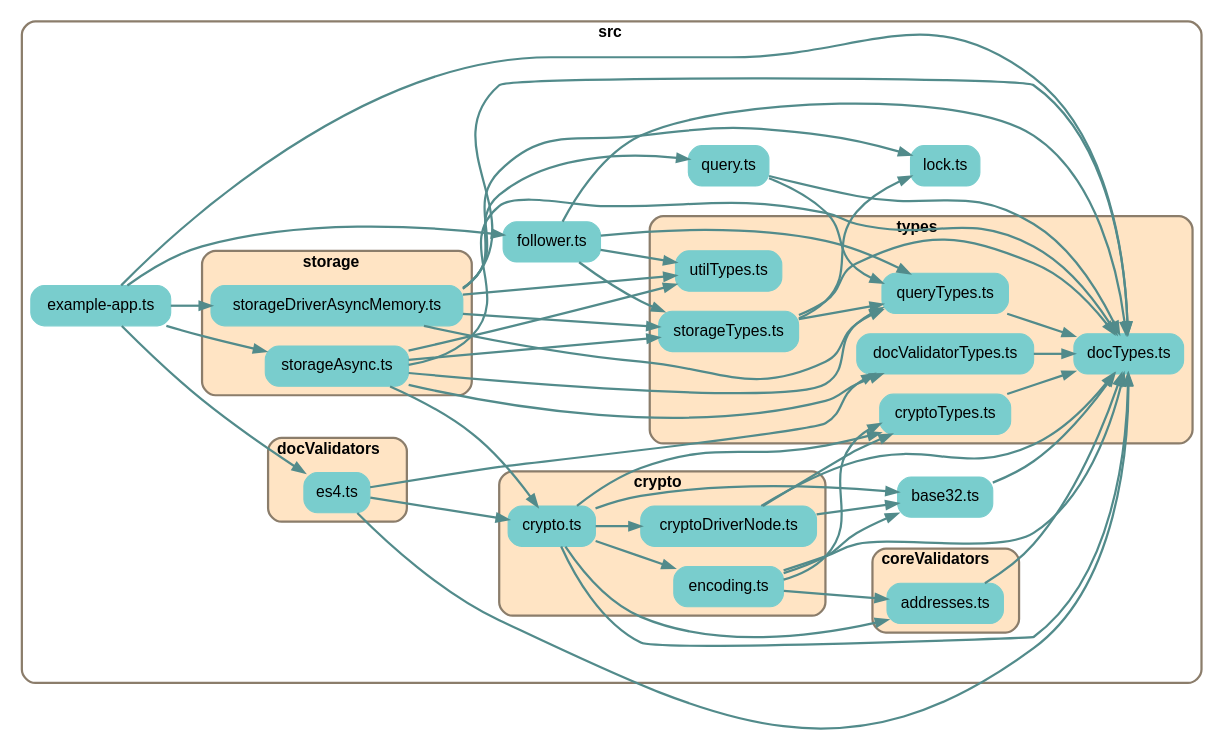
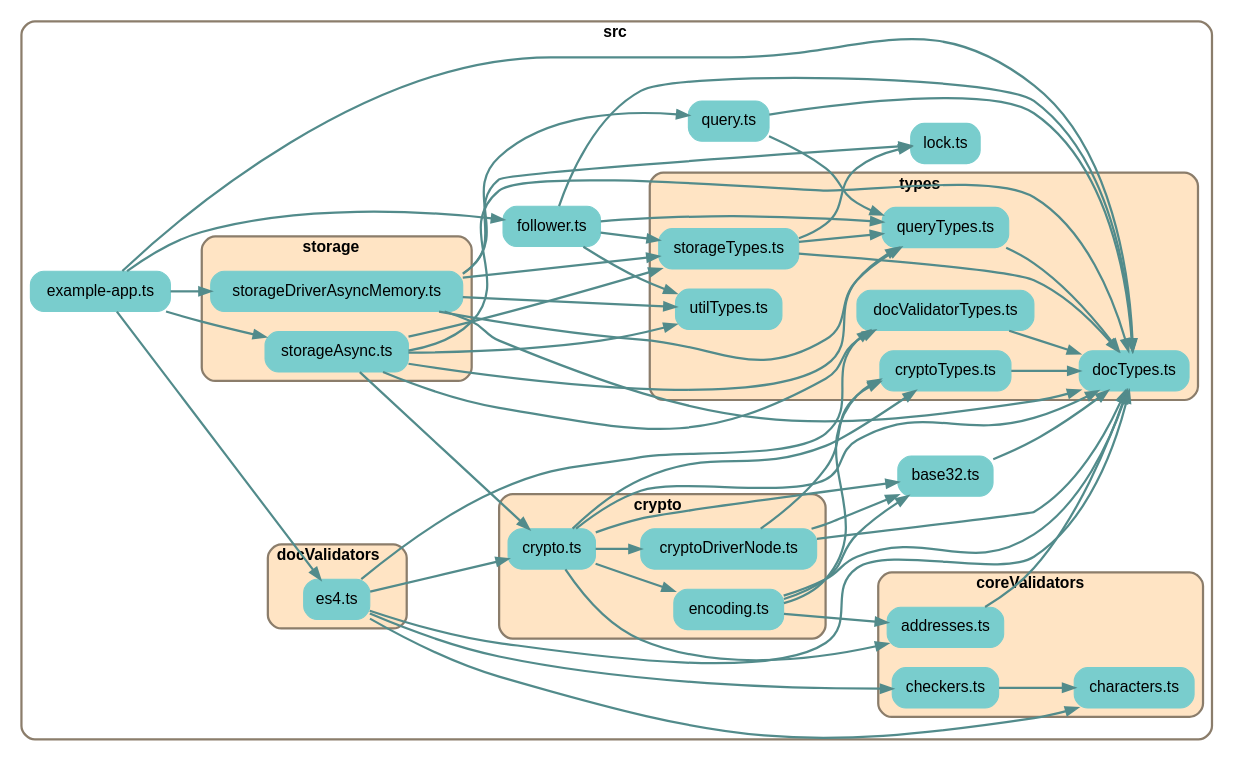
One commit to earthstar-project/earthstar changed the diagram in depchart/depchart-most.dot. Above: the diagram before and after it, drawn with Graphviz. The commit also changed 14 other files, not shown here.

Commit message:
bring in checkers.ts from older version of core earthstar

```diff
--- a/depchart/depchart-most.dot
+++ b/depchart/depchart-most.dot
@@ -1,135 +1,140 @@
 
 digraph G {
     //splines=line;
     //splines=polyline;
     splines=true;
     rankdir=LR;
     //newrank=true;
     compound=true;
     graph [fontname = "helvetica"];  // dpi=72
     node [fontname = "helvetica"];
     edge [fontname = "helvetica"];
     
     // files in their folder clusters
 
-    subgraph cluster8050137510 {
+    subgraph cluster104486742 {
         label=<<b>src</b>>;
         style="rounded";
         color=bisque4;
         penwidth=2;
                 
         "src/base32.ts" [label="base32.ts", shape=rectangle; style="rounded,filled"; color=darkslategray3];
         "src/example-app.ts" [label="example-app.ts", shape=rectangle; style="rounded,filled"; color=darkslategray3];
         "src/follower.ts" [label="follower.ts", shape=rectangle; style="rounded,filled"; color=darkslategray3];
         "src/lock.ts" [label="lock.ts", shape=rectangle; style="rounded,filled"; color=darkslategray3];
         "src/query.ts" [label="query.ts", shape=rectangle; style="rounded,filled"; color=darkslategray3];
 
-        subgraph cluster5708593272 {
+        subgraph cluster5273713411 {
             label=<<b>coreValidators</b>>;
             style="rounded,filled";
             fillcolor=bisque;
             color=bisque4;
             penwidth=2;
                 
             "src/coreValidators/addresses.ts" [label="addresses.ts", shape=rectangle; style="rounded,filled"; color=darkslategray3];
+            "src/coreValidators/characters.ts" [label="characters.ts", shape=rectangle; style="rounded,filled"; color=darkslategray3];
+            "src/coreValidators/checkers.ts" [label="checkers.ts", shape=rectangle; style="rounded,filled"; color=darkslategray3];
         }
 
-        subgraph cluster1309598077 {
+        subgraph cluster9620826783 {
             label=<<b>crypto</b>>;
             style="rounded,filled";
             fillcolor=bisque;
             color=bisque4;
             penwidth=2;
                 
             "src/crypto/crypto.ts" [label="crypto.ts", shape=rectangle; style="rounded,filled"; color=darkslategray3];
             "src/crypto/cryptoDriverNode.ts" [label="cryptoDriverNode.ts", shape=rectangle; style="rounded,filled"; color=darkslategray3];
             "src/crypto/encoding.ts" [label="encoding.ts", shape=rectangle; style="rounded,filled"; color=darkslategray3];
         }
 
-        subgraph cluster4561273787 {
+        subgraph cluster8254137792 {
             label=<<b>docValidators</b>>;
             style="rounded,filled";
             fillcolor=bisque;
             color=bisque4;
             penwidth=2;
                 
             "src/docValidators/es4.ts" [label="es4.ts", shape=rectangle; style="rounded,filled"; color=darkslategray3];
         }
 
-        subgraph cluster2652589187 {
+        subgraph cluster3017640599 {
             label=<<b>storage</b>>;
             style="rounded,filled";
             fillcolor=bisque;
             color=bisque4;
             penwidth=2;
                 
             "src/storage/storageAsync.ts" [label="storageAsync.ts", shape=rectangle; style="rounded,filled"; color=darkslategray3];
             "src/storage/storageDriverAsyncMemory.ts" [label="storageDriverAsyncMemory.ts", shape=rectangle; style="rounded,filled"; color=darkslategray3];
         }
 
-        subgraph cluster1110604010 {
+        subgraph cluster2611136272 {
             label=<<b>types</b>>;
             style="rounded,filled";
             fillcolor=bisque;
             color=bisque4;
             penwidth=2;
                 
             "src/types/cryptoTypes.ts" [label="cryptoTypes.ts", shape=rectangle; style="rounded,filled"; color=darkslategray3];
             "src/types/docTypes.ts" [label="docTypes.ts", shape=rectangle; style="rounded,filled"; color=darkslategray3];
             "src/types/docValidatorTypes.ts" [label="docValidatorTypes.ts", shape=rectangle; style="rounded,filled"; color=darkslategray3];
             "src/types/queryTypes.ts" [label="queryTypes.ts", shape=rectangle; style="rounded,filled"; color=darkslategray3];
             "src/types/storageTypes.ts" [label="storageTypes.ts", shape=rectangle; style="rounded,filled"; color=darkslategray3];
             "src/types/utilTypes.ts" [label="utilTypes.ts", shape=rectangle; style="rounded,filled"; color=darkslategray3];
         }
     }
 
     // edges between files
     "src/base32.ts" -> "src/types/docTypes.ts" [penwidth=2; color=darkslategray4];
     "src/coreValidators/addresses.ts" -> "src/types/docTypes.ts" [penwidth=2; color=darkslategray4];
+    "src/coreValidators/checkers.ts" -> "src/coreValidators/characters.ts" [penwidth=2; color=darkslategray4];
     "src/crypto/crypto.ts" -> "src/crypto/cryptoDriverNode.ts" [penwidth=2; color=darkslategray4];
     "src/crypto/crypto.ts" -> "src/types/docTypes.ts" [penwidth=2; color=darkslategray4];
     "src/crypto/crypto.ts" -> "src/types/cryptoTypes.ts" [penwidth=2; color=darkslategray4];
     "src/crypto/crypto.ts" -> "src/base32.ts" [penwidth=2; color=darkslategray4];
     "src/crypto/crypto.ts" -> "src/crypto/encoding.ts" [penwidth=2; color=darkslategray4];
     "src/crypto/crypto.ts" -> "src/coreValidators/addresses.ts" [penwidth=2; color=darkslategray4];
     "src/crypto/cryptoDriverNode.ts" -> "src/types/docTypes.ts" [penwidth=2; color=darkslategray4];
     "src/crypto/cryptoDriverNode.ts" -> "src/types/cryptoTypes.ts" [penwidth=2; color=darkslategray4];
     "src/crypto/cryptoDriverNode.ts" -> "src/base32.ts" [penwidth=2; color=darkslategray4];
     "src/crypto/encoding.ts" -> "src/types/docTypes.ts" [penwidth=2; color=darkslategray4];
     "src/crypto/encoding.ts" -> "src/base32.ts" [penwidth=2; color=darkslategray4];
     "src/crypto/encoding.ts" -> "src/types/cryptoTypes.ts" [penwidth=2; color=darkslategray4];
     "src/crypto/encoding.ts" -> "src/coreValidators/addresses.ts" [penwidth=2; color=darkslategray4];
     "src/docValidators/es4.ts" -> "src/types/docTypes.ts" [penwidth=2; color=darkslategray4];
     "src/docValidators/es4.ts" -> "src/types/docValidatorTypes.ts" [penwidth=2; color=darkslategray4];
+    "src/docValidators/es4.ts" -> "src/coreValidators/characters.ts" [penwidth=2; color=darkslategray4];
+    "src/docValidators/es4.ts" -> "src/coreValidators/checkers.ts" [penwidth=2; color=darkslategray4];
     "src/docValidators/es4.ts" -> "src/crypto/crypto.ts" [penwidth=2; color=darkslategray4];
     "src/example-app.ts" -> "src/types/docTypes.ts" [penwidth=2; color=darkslategray4];
     "src/example-app.ts" -> "src/docValidators/es4.ts" [penwidth=2; color=darkslategray4];
     "src/example-app.ts" -> "src/storage/storageDriverAsyncMemory.ts" [penwidth=2; color=darkslategray4];
     "src/example-app.ts" -> "src/storage/storageAsync.ts" [penwidth=2; color=darkslategray4];
     "src/example-app.ts" -> "src/follower.ts" [penwidth=2; color=darkslategray4];
     "src/follower.ts" -> "src/types/utilTypes.ts" [penwidth=2; color=darkslategray4];
     "src/follower.ts" -> "src/types/docTypes.ts" [penwidth=2; color=darkslategray4];
     "src/follower.ts" -> "src/types/queryTypes.ts" [penwidth=2; color=darkslategray4];
     "src/follower.ts" -> "src/types/storageTypes.ts" [penwidth=2; color=darkslategray4];
     "src/query.ts" -> "src/types/docTypes.ts" [penwidth=2; color=darkslategray4];
     "src/query.ts" -> "src/types/queryTypes.ts" [penwidth=2; color=darkslategray4];
     "src/storage/storageAsync.ts" -> "src/types/utilTypes.ts" [penwidth=2; color=darkslategray4];
     "src/storage/storageAsync.ts" -> "src/types/docTypes.ts" [penwidth=2; color=darkslategray4];
     "src/storage/storageAsync.ts" -> "src/types/queryTypes.ts" [penwidth=2; color=darkslategray4];
     "src/storage/storageAsync.ts" -> "src/types/storageTypes.ts" [penwidth=2; color=darkslategray4];
     "src/storage/storageAsync.ts" -> "src/types/docValidatorTypes.ts" [penwidth=2; color=darkslategray4];
     "src/storage/storageAsync.ts" -> "src/crypto/crypto.ts" [penwidth=2; color=darkslategray4];
     "src/storage/storageDriverAsyncMemory.ts" -> "src/types/utilTypes.ts" [penwidth=2; color=darkslategray4];
     "src/storage/storageDriverAsyncMemory.ts" -> "src/types/docTypes.ts" [penwidth=2; color=darkslategray4];
     "src/storage/storageDriverAsyncMemory.ts" -> "src/types/queryTypes.ts" [penwidth=2; color=darkslategray4];
     "src/storage/storageDriverAsyncMemory.ts" -> "src/types/storageTypes.ts" [penwidth=2; color=darkslategray4];
     "src/storage/storageDriverAsyncMemory.ts" -> "src/query.ts" [penwidth=2; color=darkslategray4];
     "src/storage/storageDriverAsyncMemory.ts" -> "src/lock.ts" [penwidth=2; color=darkslategray4];
     "src/types/cryptoTypes.ts" -> "src/types/docTypes.ts" [penwidth=2; color=darkslategray4];
     "src/types/docValidatorTypes.ts" -> "src/types/docTypes.ts" [penwidth=2; color=darkslategray4];
     "src/types/queryTypes.ts" -> "src/types/docTypes.ts" [penwidth=2; color=darkslategray4];
     "src/types/storageTypes.ts" -> "src/types/docTypes.ts" [penwidth=2; color=darkslategray4];
     "src/types/storageTypes.ts" -> "src/types/queryTypes.ts" [penwidth=2; color=darkslategray4];
     "src/types/storageTypes.ts" -> "src/lock.ts" [penwidth=2; color=darkslategray4];
 
 }
```
